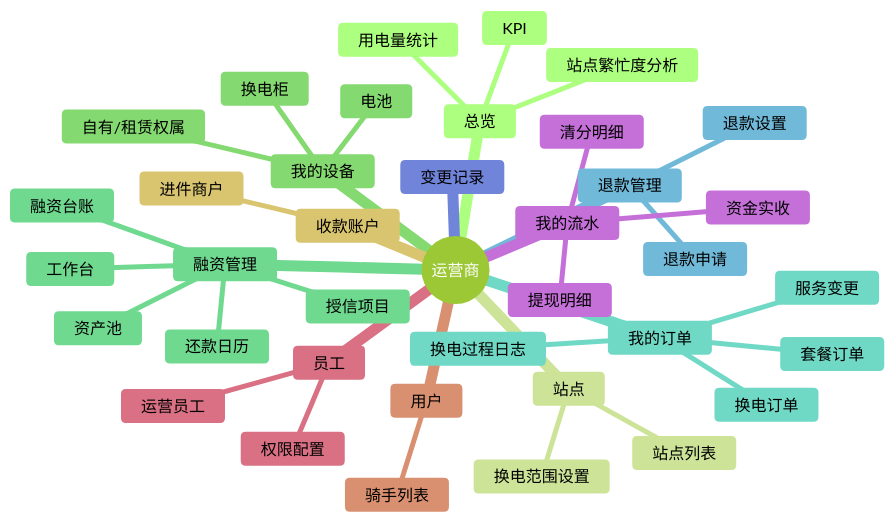
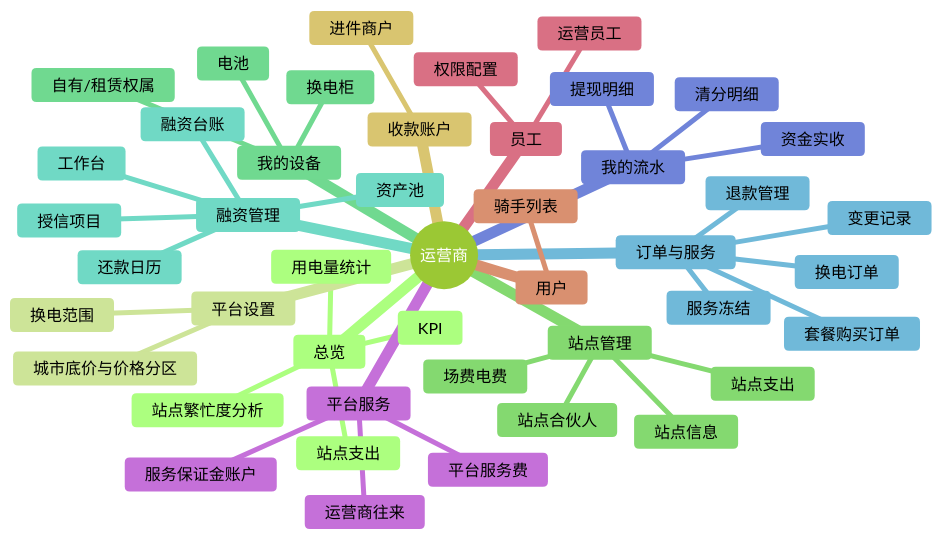
Before and after one commit to liudali/rider-swap-operator-prototype: the fourth of 18 diagrams in docs/功能结构与业务流程.md, drawn with Mermaid (forest theme). The commit also changed other lines of this file and 71 other files, not shown here.

````diff
--- a/docs/功能结构与业务流程.md
+++ b/docs/功能结构与业务流程.md
@@ -85,41 +85,48 @@
 ```mermaid
 mindmap
   root((运营商))
     总览
       KPI
       站点繁忙度分析
       用电量统计
-    站点
-      站点列表
-      换电范围设置
+      站点支出
+    平台设置
+      城市底价与价格分区
+      换电范围
+    站点管理
+      站点信息
+      场费电费
+      站点支出
+      站点合伙人
     我的设备
       换电柜
       电池
       自有/租赁权属
     融资管理
       工作台
       融资台账
       授信项目
       资产池
       还款日历
-    我的订单
-      套餐订单
+    订单与服务
+      套餐购买订单
       换电订单
-      服务变更
-      换电过程日志
-    退款管理
-      退款申请
-      退款设置
-    变更记录
+      服务冻结
+      变更记录
+      退款管理
     我的流水
       资金实收
       清分明细
       提现明细
+    平台服务
+      服务保证金账户
+      平台服务费
+      运营商往来
     员工
       运营员工
       权限配置
     用户
       骑手列表
     收款账户
       进件商户
 ```
````
